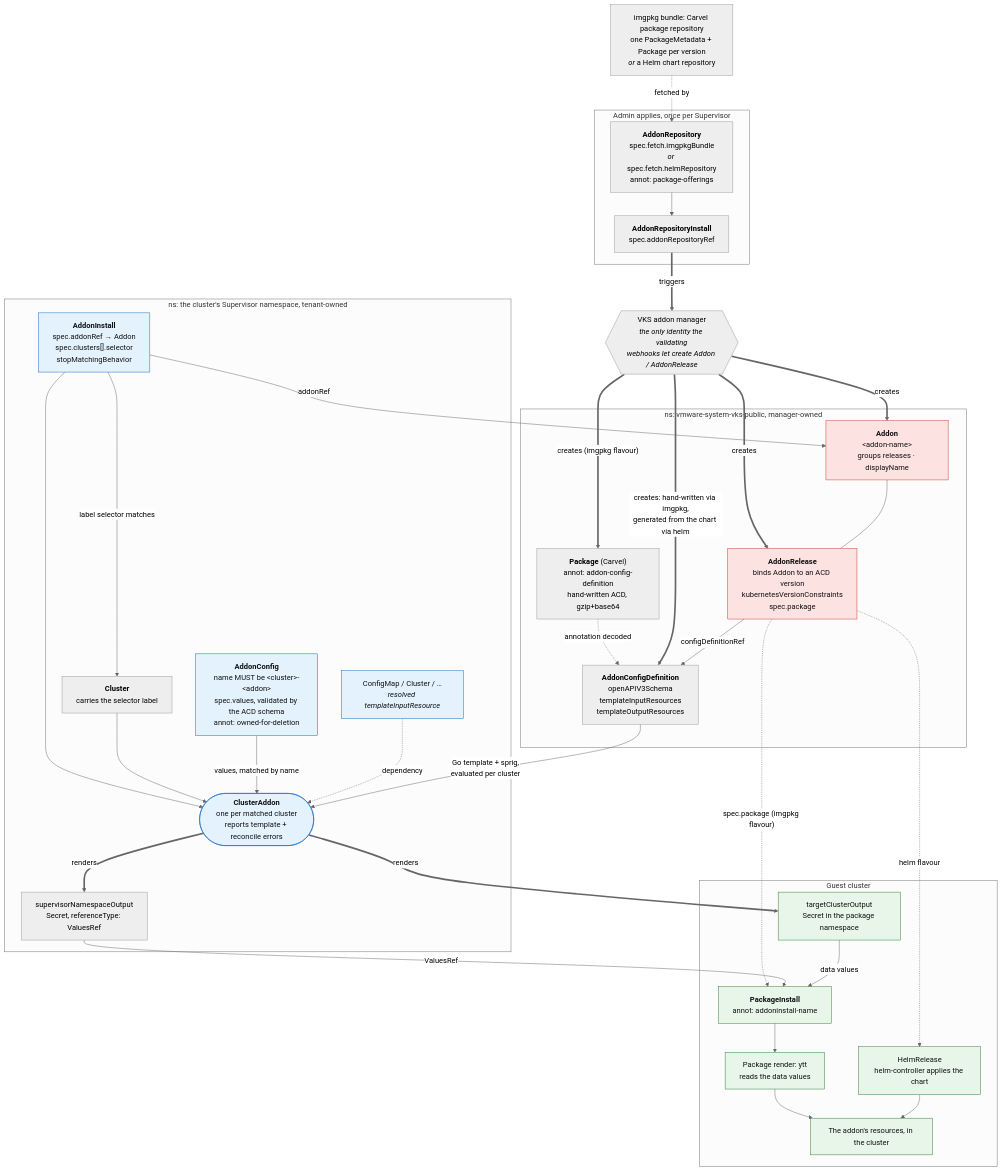
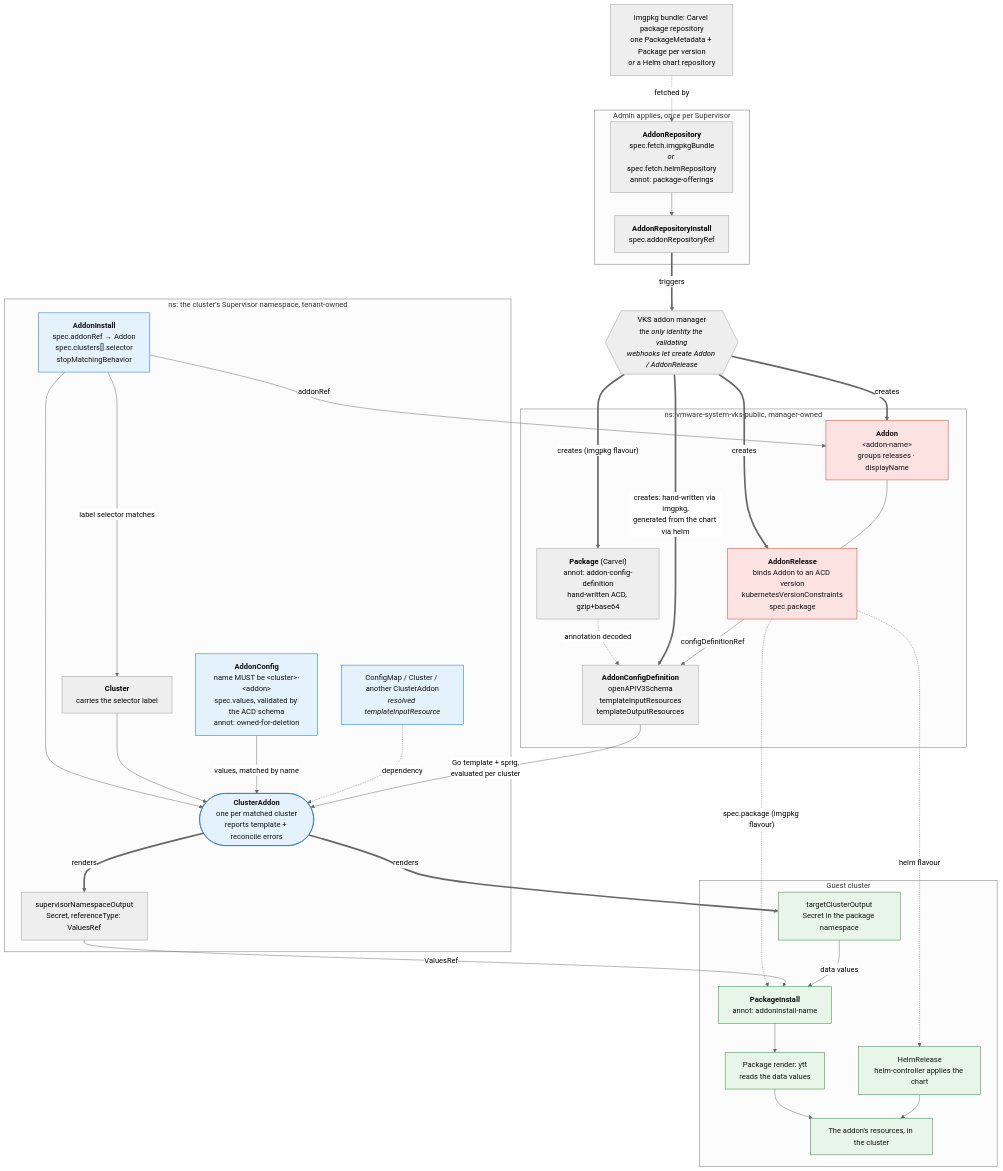
One commit to warroyo/vks-addons-skill changed the diagram in skills/vks-addons/SKILL.md. Above: the diagram before and after it, drawn with Mermaid (neutral theme). The commit also changed other lines of this file, not shown here.

````diff
--- a/skills/vks-addons/SKILL.md
+++ b/skills/vks-addons/SKILL.md
@@ -30,71 +31,71 @@
 ```mermaid
 flowchart TB
   BUNDLE["imgpkg bundle: Carvel package repository<br/>one PackageMetadata + Package per version<br/><i>or</i> a Helm chart repository"]
 
   subgraph admin["Admin applies, once per Supervisor"]
     REPO["<b>AddonRepository</b><br/>spec.fetch.imgpkgBundle<br/><i>or</i> spec.fetch.helmRepository<br/>annot: package-offerings"]
     RINST["<b>AddonRepositoryInstall</b><br/>spec.addonRepositoryRef"]
   end
 
   MGR{{"VKS addon manager<br/><i>the only identity the validating<br/>webhooks let create Addon / AddonRelease</i>"}}
 
   subgraph public["ns: vmware-system-vks-public, manager-owned"]
     ADDON["<b>Addon</b><br/>&lt;addon-name&gt;<br/>groups releases · displayName"]
     REL["<b>AddonRelease</b><br/>binds Addon to an ACD version<br/>kubernetesVersionConstraints<br/>spec.package"]
     ACD["<b>AddonConfigDefinition</b><br/>openAPIV3Schema<br/>templateInputResources<br/>templateOutputResources"]
     PKG["<b>Package</b> (Carvel)<br/>annot: addon-config-definition<br/>hand-written ACD, gzip+base64"]
   end
 
   subgraph tenant["ns: the cluster's Supervisor namespace, tenant-owned"]
     AINST["<b>AddonInstall</b><br/>spec.addonRef → Addon<br/>spec.clusters[].selector<br/>stopMatchingBehavior"]
     ACFG["<b>AddonConfig</b><br/>name MUST be &lt;cluster&gt;-&lt;addon&gt;<br/>spec.values, validated by the ACD schema<br/>annot: owned-for-deletion"]
-    INPUT["ConfigMap / Cluster / …<br/><i>resolved templateInputResource</i>"]
+    INPUT["ConfigMap / Cluster / another ClusterAddon<br/><i>resolved templateInputResource</i>"]
     CLUSTER["<b>Cluster</b><br/>carries the selector label"]
     CADDON(["<b>ClusterAddon</b><br/>one per matched cluster<br/>reports template + reconcile errors"])
     SSEC["supervisorNamespaceOutput<br/>Secret, referenceType: ValuesRef"]
   end
 
   subgraph guest["Guest cluster"]
     GSEC["targetClusterOutput<br/>Secret in the package namespace"]
     PI["<b>PackageInstall</b><br/>annot: addoninstall-name"]
     RENDER["Package render: ytt<br/>reads the data values"]
     HELM["HelmRelease<br/>helm-controller applies the chart"]
     PAYLOAD["The addon's resources, in the cluster"]
   end
 
   BUNDLE -.->|fetched by| REPO
   REPO --> RINST
   RINST ==>|triggers| MGR
   MGR ==>|creates| ADDON
   MGR ==>|creates| REL
   MGR ==>|"creates (imgpkg flavour)"| PKG
   PKG -.->|annotation decoded| ACD
   MGR ==>|"creates: hand-written via imgpkg,<br/>generated from the chart via helm"| ACD
 
   ADDON --- REL
   REL -->|configDefinitionRef| ACD
 
   AINST -->|addonRef| ADDON
   AINST -->|label selector matches| CLUSTER
   AINST --> CADDON
   CLUSTER --> CADDON
   ACFG -->|"values, matched by name"| CADDON
   INPUT -.->|dependency| CADDON
   ACD -->|"Go template + sprig,<br/>evaluated per cluster"| CADDON
 
   CADDON ==>|renders| SSEC
   CADDON ==>|renders| GSEC
   REL -.->|"spec.package (imgpkg flavour)"| PI
   SSEC -->|ValuesRef| PI
   GSEC -->|data values| PI
   PI --> RENDER --> PAYLOAD
   REL -.->|helm flavour| HELM
   HELM --> PAYLOAD
 
   classDef locked fill:#fde2e2,stroke:#c0392b,color:#111
   classDef tenantc fill:#e3f2fd,stroke:#1565c0,color:#111
   classDef guestc fill:#e8f5e9,stroke:#2e7d32,color:#111
   class ADDON,REL locked
   class AINST,ACFG,CADDON,INPUT tenantc
   class GSEC,PI,RENDER,HELM,PAYLOAD guestc
 ```
````
